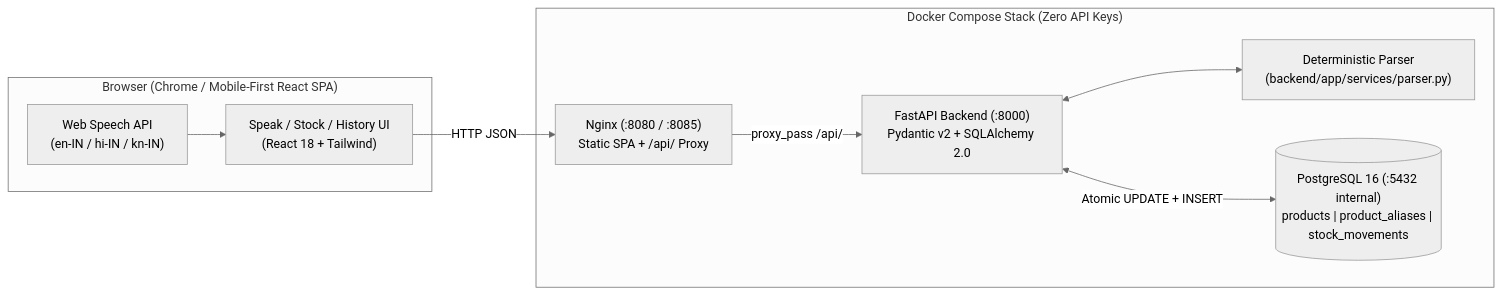
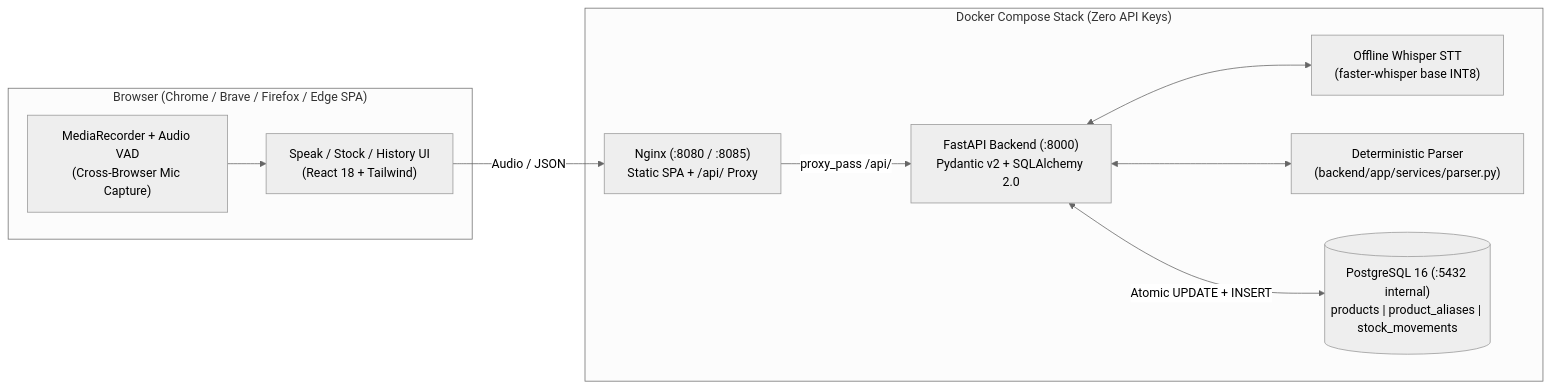
One commit to Ravichandranayakar/kiranaflow changed the first of 4 diagrams in README.md. Above: the diagram before and after it, drawn with Mermaid (neutral theme). The commit also changed other lines of this file and 17 other files, not shown here.

Commit message:
feat(voice): replace browser SpeechRecognition with universal MediaRecorder + offline Whisper STT

````diff
--- a/README.md
+++ b/README.md
@@ -11,20 +11,22 @@
 ```mermaid
 flowchart LR
-    subgraph Browser["Browser (Chrome / Mobile-First React SPA)"]
+    subgraph Browser["Browser (Chrome / Brave / Firefox / Edge SPA)"]
         UI["Speak / Stock / History UI\n(React 18 + Tailwind)"]
-        Voice["Web Speech API\n(en-IN / hi-IN / kn-IN)"]
+        Voice["MediaRecorder + Audio VAD\n(Cross-Browser Mic Capture)"]
     end
 
     subgraph Compose["Docker Compose Stack (Zero API Keys)"]
         Nginx["Nginx (:8080 / :8085)\nStatic SPA + /api/ Proxy"]
         API["FastAPI Backend (:8000)\nPydantic v2 + SQLAlchemy 2.0"]
+        STT["Offline Whisper STT\n(faster-whisper base INT8)"]
         Parser["Deterministic Parser\n(backend/app/services/parser.py)"]
         DB[("PostgreSQL 16 (:5432 internal)\nproducts | product_aliases | stock_movements")]
     end
 
     Voice --> UI
-    UI -->|"HTTP JSON"| Nginx
+    UI -->|"Audio / JSON"| Nginx
     Nginx -->|"proxy_pass /api/"| API
+    API <--> STT
     API <--> Parser
     API <-->|"Atomic UPDATE + INSERT"| DB
 ```
````
